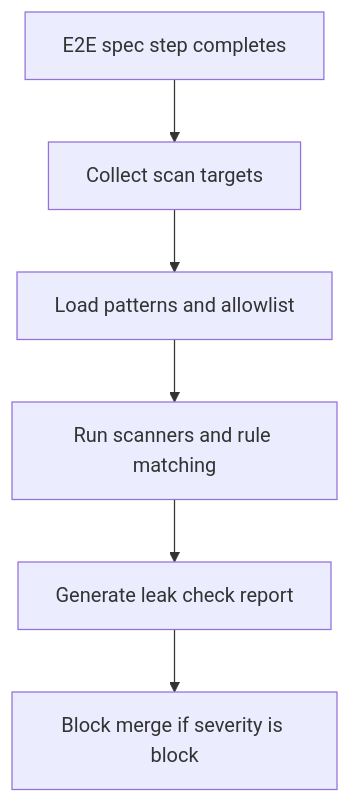
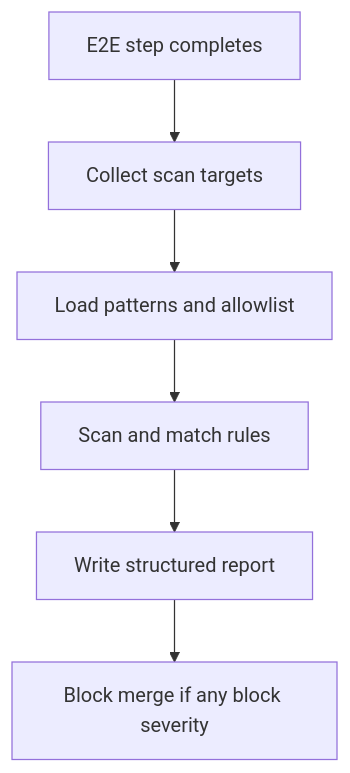
The diagram in tests/e2e/web-app/regression/governance/utils/leak_checks/README.md (bartytime4life/Kansas-Frontier-Matrix), drawn with Mermaid before and after one commit. The commit also changed other lines of this file, not shown here.

```diff
--- a/tests/e2e/web-app/regression/governance/utils/leak_checks/README.md
+++ b/tests/e2e/web-app/regression/governance/utils/leak_checks/README.md
@@ -194,8 +241,8 @@
 ~~~mermaid
 flowchart TD
-  A["E2E spec step completes"] --> B["Collect scan targets"]
+  A["E2E step completes"] --> B["Collect scan targets"]
   B --> C["Load patterns and allowlist"]
-  C --> D["Run scanners and rule matching"]
-  D --> E["Generate leak check report"]
-  E --> F["Block merge if severity is block"]
+  C --> D["Scan and match rules"]
+  D --> E["Write structured report"]
+  E --> F["Block merge if any block severity"]
 ~~~
```
